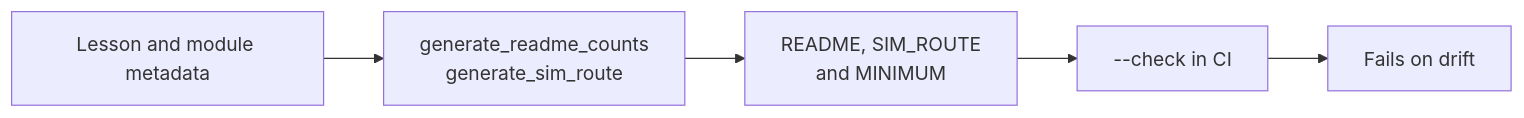
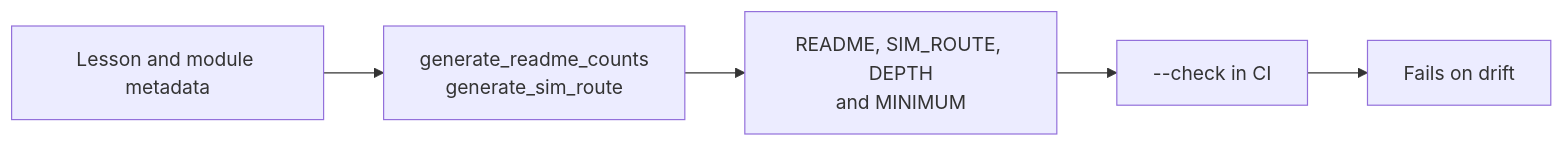
The diagram in docs/VERIFICATION.md (TLE47/Mechatronics-Roadmap), drawn with Mermaid before and after one commit. The commit also changed other lines of this file and 13 other files, not shown here.

First line of the commit message:
Give the depth modules their own page and keep the arm hours honest

````diff
--- a/docs/VERIFICATION.md
+++ b/docs/VERIFICATION.md
@@ -13,4 +13,4 @@
 ```mermaid
 flowchart LR
-    Meta["Lesson and module metadata"] --> Gen["generate_readme_counts<br/>generate_sim_route"] --> Page["README, SIM_ROUTE<br/>and MINIMUM"] --> Check["--check in CI"] --> Fail["Fails on drift"]
+    Meta["Lesson and module metadata"] --> Gen["generate_readme_counts<br/>generate_sim_route"] --> Page["README, SIM_ROUTE, DEPTH<br/>and MINIMUM"] --> Check["--check in CI"] --> Fail["Fails on drift"]
 ```
````
